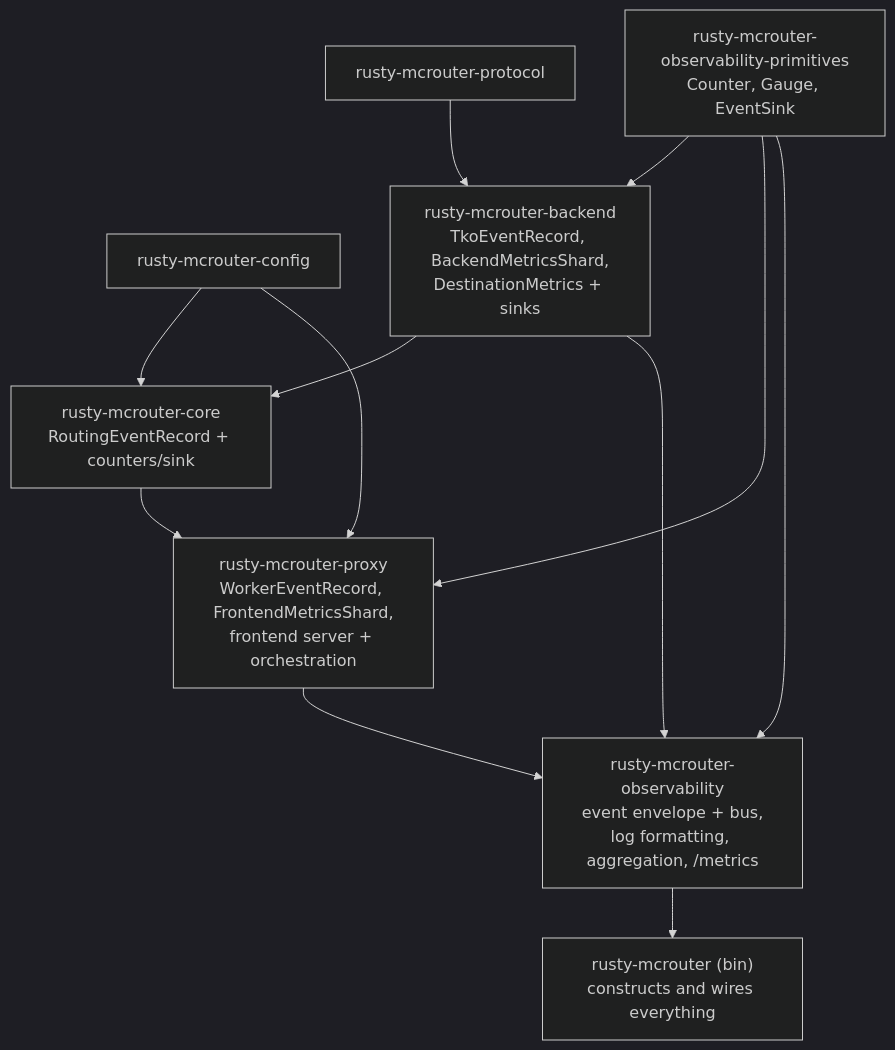
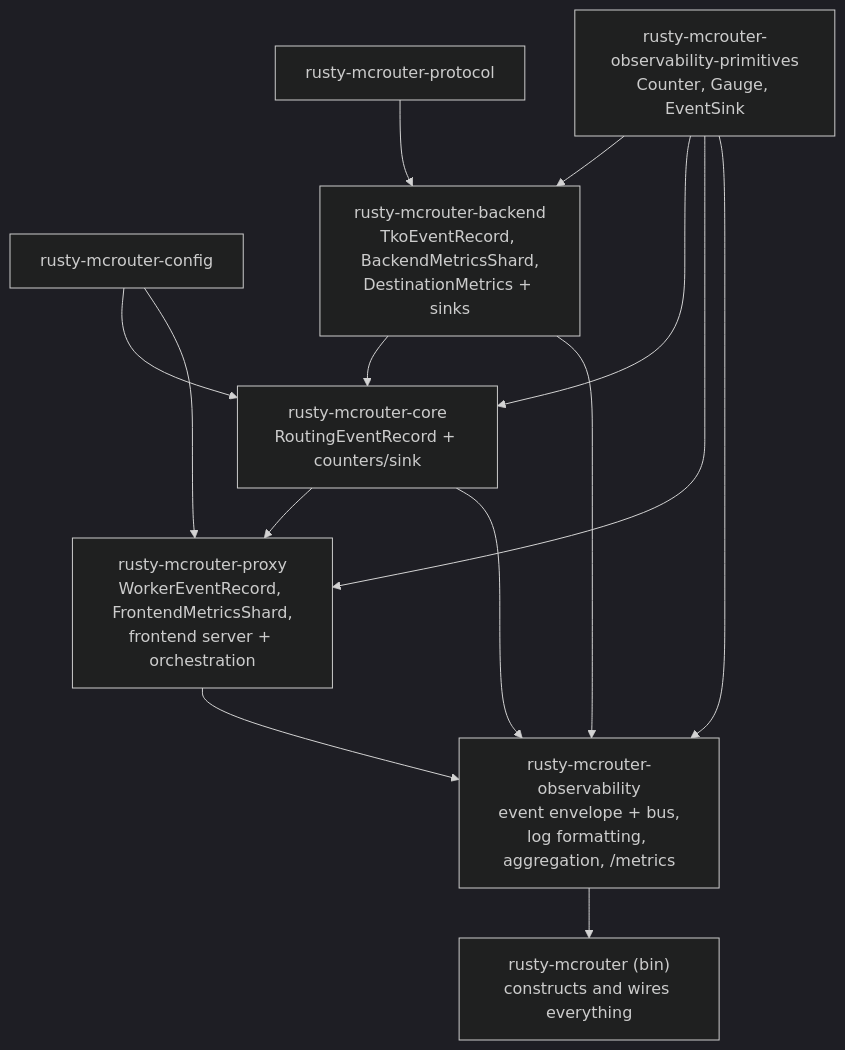
The second of 3 diagrams in docs/design/0001-observability.md (raydatray/rusty-mcrouter), drawn with Mermaid (dark theme) before and after one commit. The commit also changed other lines of this file and 1 other file, not shown here.

Commit message:
[11/11][docs] document route graph observability slice

````diff
--- a/docs/design/0001-observability.md
+++ b/docs/design/0001-observability.md
@@ -130,18 +197,20 @@
 ```mermaid
 flowchart TB
     P[rusty-mcrouter-protocol]
     K[rusty-mcrouter-config]
     Q["rusty-mcrouter-observability-primitives<br/>Counter, Gauge, EventSink"]
     N["rusty-mcrouter-backend<br/>TkoEventRecord, BackendMetricsShard,<br/>DestinationMetrics + sinks"]
     C["rusty-mcrouter-core<br/>RoutingEventRecord + counters/sink"]
     X["rusty-mcrouter-proxy<br/>WorkerEventRecord, FrontendMetricsShard,<br/>frontend server + orchestration"]
     O["rusty-mcrouter-observability<br/>event envelope + bus,<br/>log formatting, aggregation, /metrics"]
     B["rusty-mcrouter (bin)<br/>constructs and wires everything"]
     P --> N --> C --> X --> O --> B
     K --> C
     K --> X
     N --> O
     Q --> N
+    Q --> C
     Q --> X
     Q --> O
+    C --> O
 ```
````
